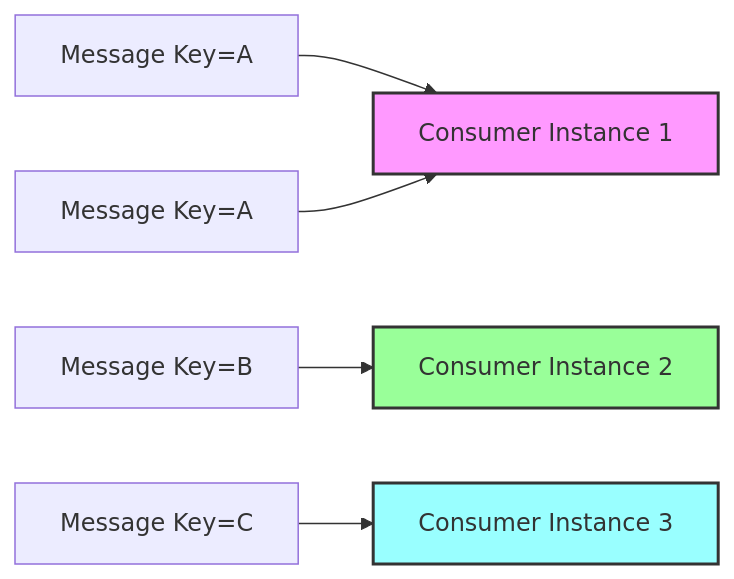
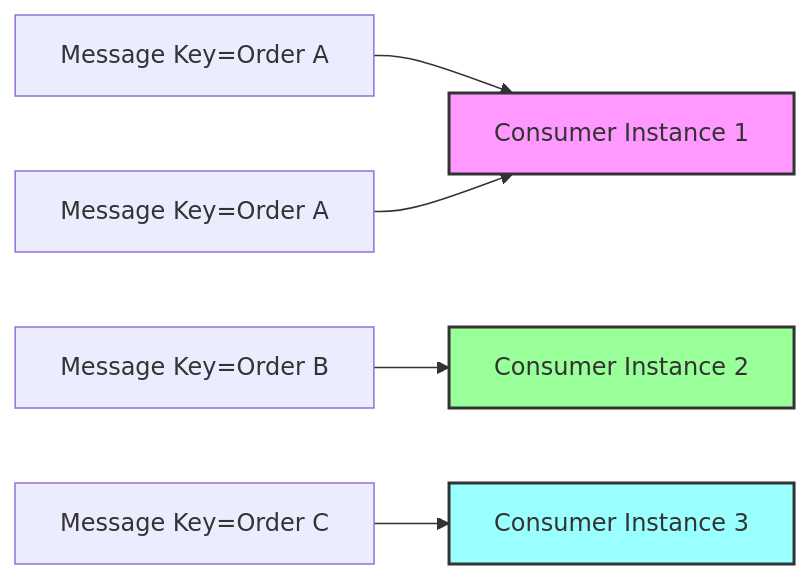
Before and after one commit to nbicocchi/learn-microservices: the third of 8 diagrams in modules/communication-async/slides/1 - Async communication.md, drawn with Mermaid. The commit also changed other lines of this file and 4 other files, not shown here.

````diff
--- a/modules/communication-async/slides/1 - Async communication.md
+++ b/modules/communication-async/slides/1 - Async communication.md
@@ -181,12 +188,12 @@
 ```mermaid
 flowchart LR
-    M1[Message Key=A] --> S1[Consumer Instance 1]
-    M2[Message Key=B] --> S2[Consumer Instance 2]
-    M3[Message Key=A] --> S1
-    M4[Message Key=C] --> S3[Consumer Instance 3]
+    M1[Message Key=Order A] --> S1[Consumer Instance 1]
+    M2[Message Key=Order B] --> S2[Consumer Instance 2]
+    M3[Message Key=Order A] --> S1
+    M4[Message Key=Order C] --> S3[Consumer Instance 3]
 
     style S1 fill:#f9f,stroke:#333,stroke-width:2px
     style S2 fill:#9f9,stroke:#333,stroke-width:2px
     style S3 fill:#9ff,stroke:#333,stroke-width:2px
 
 ```
````
